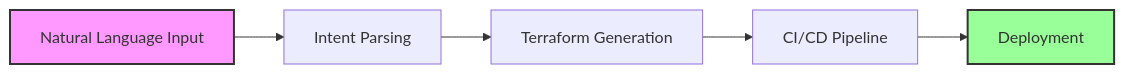
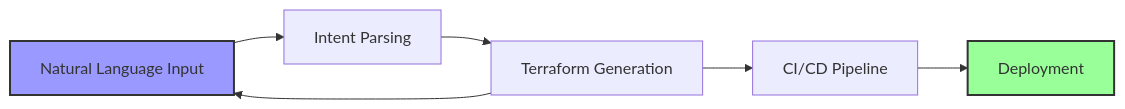
Before and after one commit to Stratisail/.github: the diagram in profile/README.md, drawn with Mermaid. The commit also changed other lines of this file, not shown here.

````diff
--- a/profile/README.md
+++ b/profile/README.md
@@ -40,10 +40,11 @@
 ```mermaid
 graph LR
     A[Natural Language Input] --> B[Intent Parsing]
     B --> C[Terraform Generation]
+    C --> A
     C --> D[CI/CD Pipeline]
     D --> E[Deployment]
-    
-    style A fill:#f9f,stroke:#333,stroke-width:2px
+        
+    style A fill:#99f,stroke:#333,stroke-width:2px
     style E fill:#9f9,stroke:#333,stroke-width:2px
 ```
````
